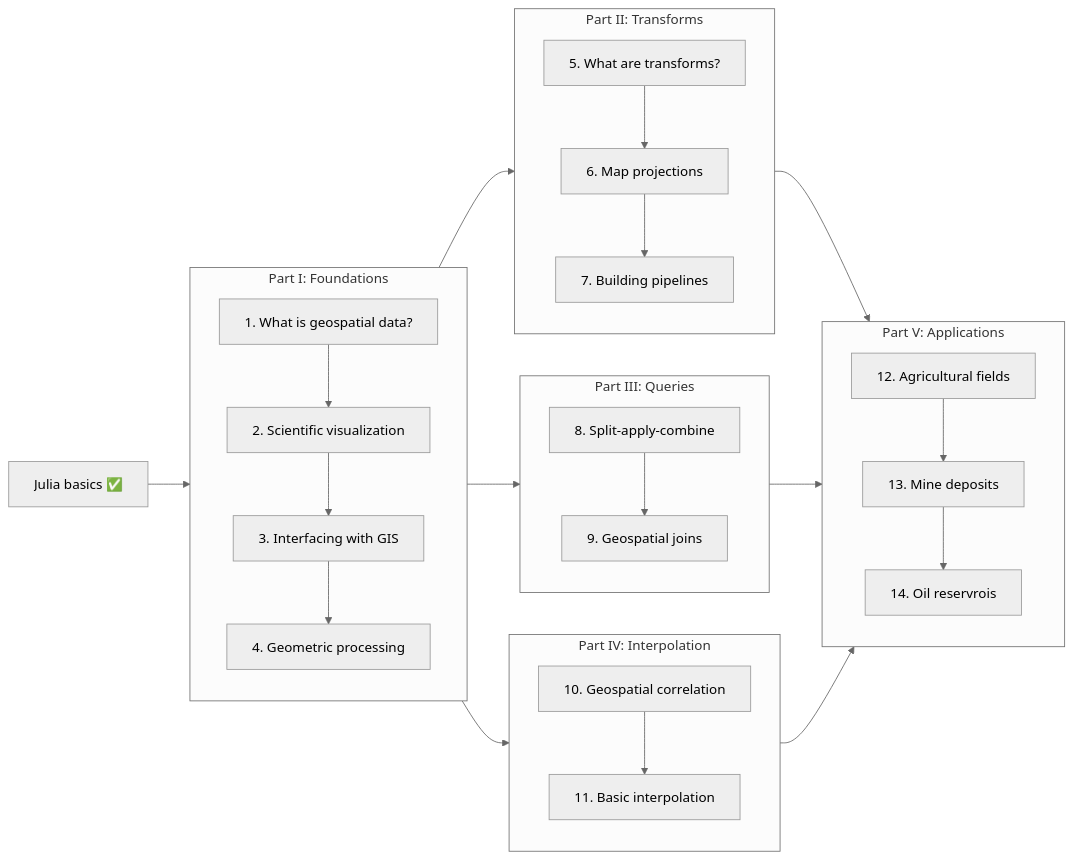
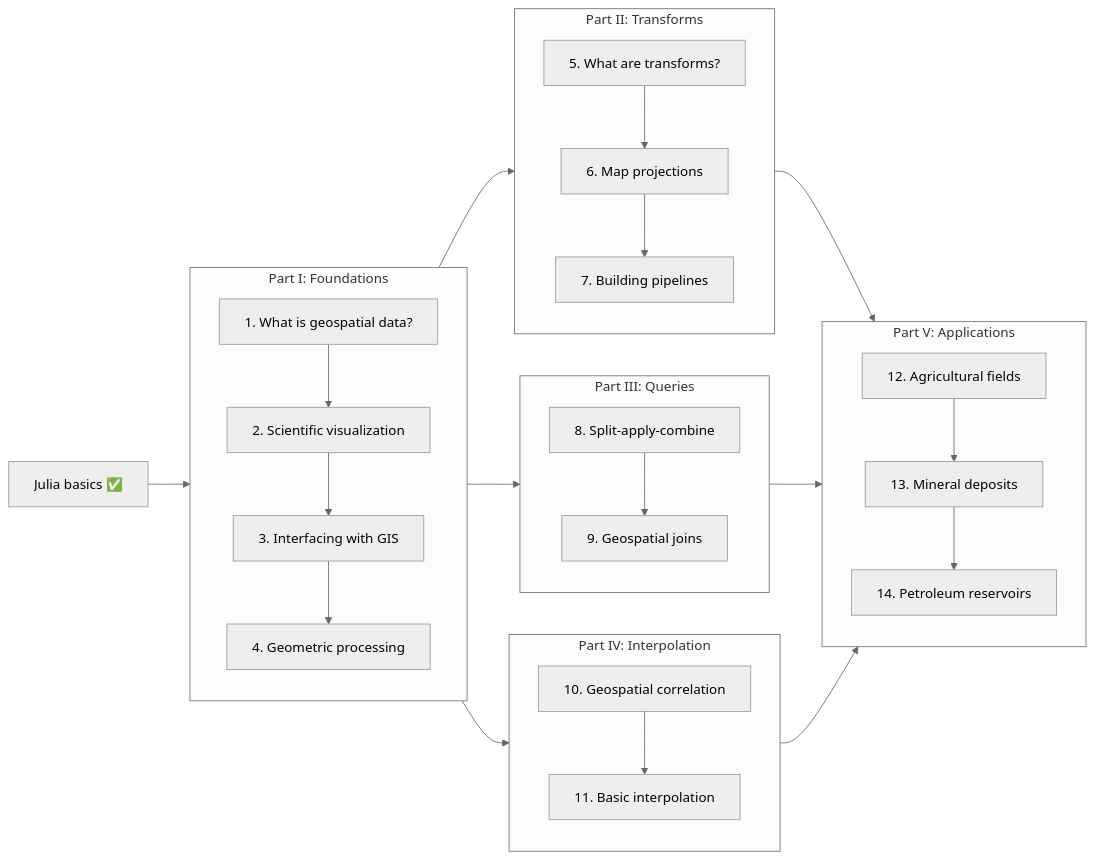
The diagram in preface.qmd (JuliaEarth/geospatial-data-science-with-julia), drawn with Mermaid (neutral theme) before and after one commit. The commit also changed 1 other file, not shown here.

Commit message:
Update chapter names

````diff
--- a/preface.qmd
+++ b/preface.qmd
@@ -51,43 +51,43 @@
 ```{mermaid}
 flowchart LR
   preread["Julia basics ✅"] --> partI
   subgraph partI["Part I: Foundations"]
     chapter1["1. What is geospatial data?"]
     chapter2["2. Scientific visualization"]
     chapter3["3. Interfacing with GIS"]
     chapter4["4. Geometric processing"]
     chapter1 --> chapter2
     chapter2 --> chapter3
     chapter3 --> chapter4
   end
   subgraph partII["Part II: Transforms"]
     chapter5["5. What are transforms?"]
     chapter6["6. Map projections"]
     chapter7["7. Building pipelines"]
     chapter5 --> chapter6
     chapter6 --> chapter7
   end
   subgraph partIII["Part III: Queries"]
     chapter8["8. Split-apply-combine"]
     chapter9["9. Geospatial joins"]
     chapter8 --> chapter9
   end
   subgraph partIV["Part IV: Interpolation"]
     chapter10["10. Geospatial correlation"]
     chapter11["11. Basic interpolation"]
     chapter10 --> chapter11
   end
   subgraph partV["Part V: Applications"]
     chapter12["12. Agricultural fields"]
-    chapter13["13. Mine deposits"]
-    chapter14["14. Oil reservrois"]
+    chapter13["13. Mineral deposits"]
+    chapter14["14. Petroleum reservoirs"]
     chapter12 --> chapter13
     chapter13 --> chapter14
   end
   partI --> partII
   partI --> partIII
   partI --> partIV
   partII --> partV
   partIII --> partV
   partIV --> partV
 ```
````
